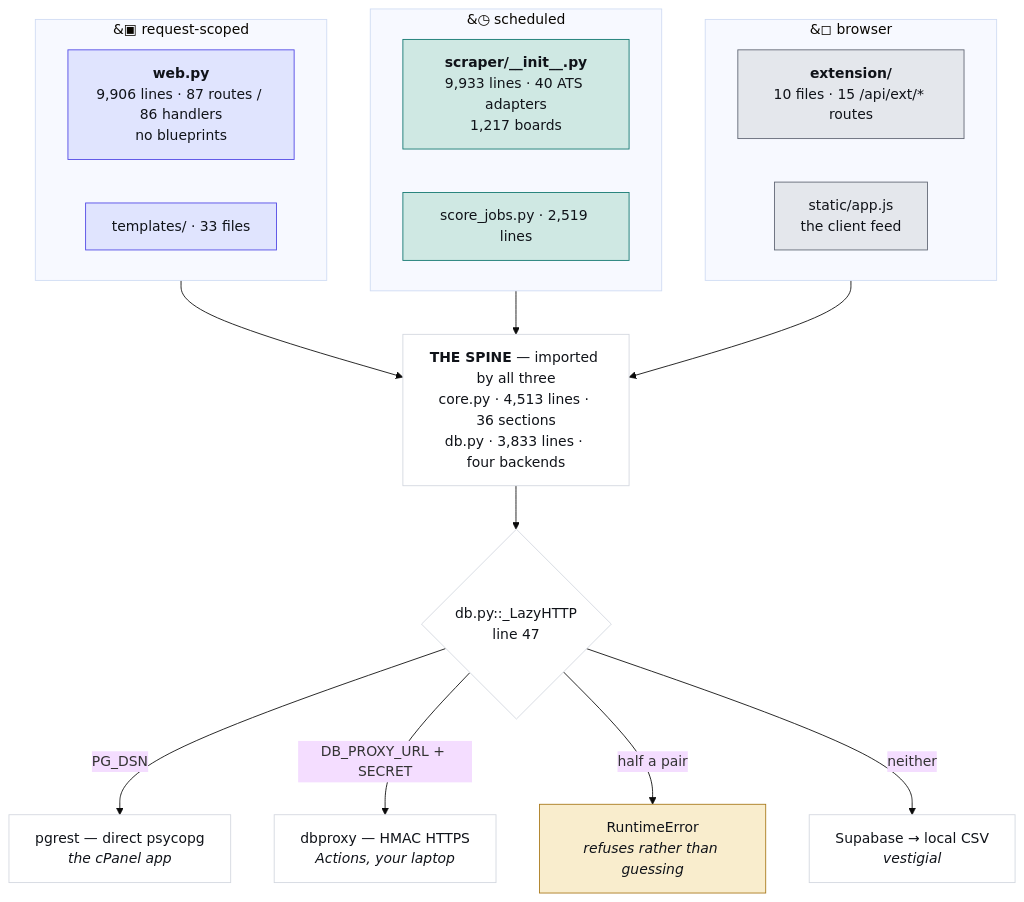
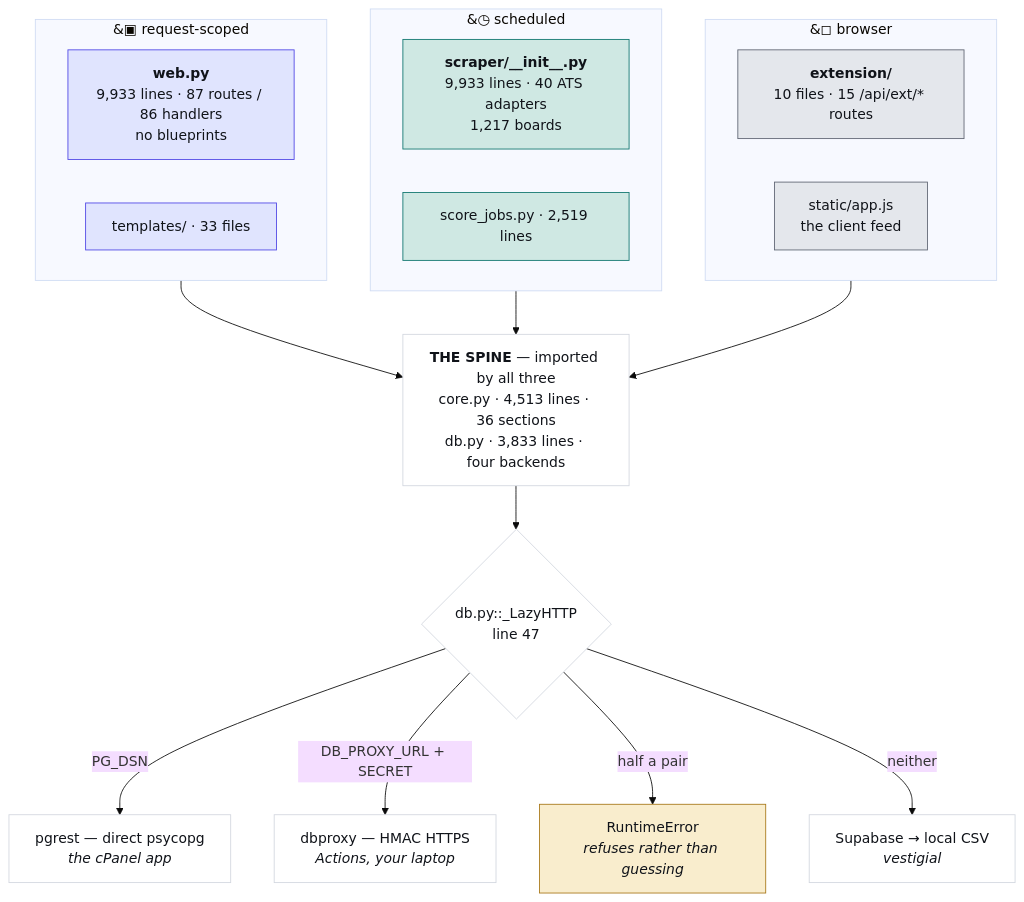
The first of 4 diagrams in JobMatch Scraper/docs/ARCHITECTURE.md (hadakunal909-debug/job-search-tool), drawn with Mermaid (base theme) before and after one commit. The commit also changed other lines of this file and 8 other files, not shown here.

````diff
--- a/JobMatch Scraper/docs/ARCHITECTURE.md
+++ b/JobMatch Scraper/docs/ARCHITECTURE.md
@@ -45,34 +45,34 @@
 ```mermaid
 flowchart TB
   subgraph REQ["&#9635; request-scoped"]
-    W["<b>web.py</b><br/>9,906 lines · 87 routes / 86 handlers<br/>no blueprints"]
+    W["<b>web.py</b><br/>9,933 lines · 87 routes / 86 handlers<br/>no blueprints"]
     T["templates/ · 33 files"]
   end
   subgraph SCH["&#9719; scheduled"]
     S["<b>scraper/__init__.py</b><br/>9,933 lines · 40 ATS adapters<br/>1,217 boards"]
     J["score_jobs.py · 2,519 lines"]
   end
   subgraph CLI["&#9723; browser"]
     E["<b>extension/</b><br/>10 files · 15 /api/ext/* routes"]
     A["static/app.js<br/>the client feed"]
   end
   SPINE["<b>THE SPINE</b> — imported by all three<br/>core.py · 4,513 lines · 36 sections<br/>db.py · 3,833 lines · four backends"]
   REQ --> SPINE
   SCH --> SPINE
   CLI --> SPINE
   SPINE --> D{"db.py::_LazyHTTP<br/>line 47"}
   D -->|"PG_DSN"| P["pgrest — direct psycopg<br/><i>the cPanel app</i>"]
   D -->|"DB_PROXY_URL + SECRET"| X["dbproxy — HMAC HTTPS<br/><i>Actions, your laptop</i>"]
   D -->|"half a pair"| R["RuntimeError<br/><i>refuses rather than guessing</i>"]
   D -->|"neither"| V["Supabase → local CSV<br/><i>vestigial</i>"]
   classDef web fill:#e0e4fe,stroke:#4f46e5,color:#101319
   classDef sched fill:#cfe8e3,stroke:#0f766e,color:#101319
   classDef client fill:#e4e7ec,stroke:#5f6573,color:#101319
   classDef trap fill:#f9edcd,stroke:#a8781a,color:#101319
   classDef plain fill:#ffffff,stroke:#d3d7df,color:#101319
   class W,T web
   class S,J sched
   class E,A client
   class R trap
   class SPINE,D,P,X,V plain
 ```
````
